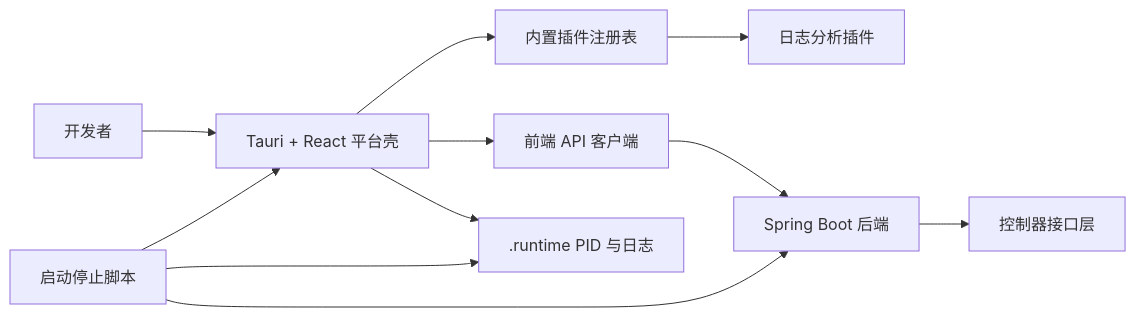
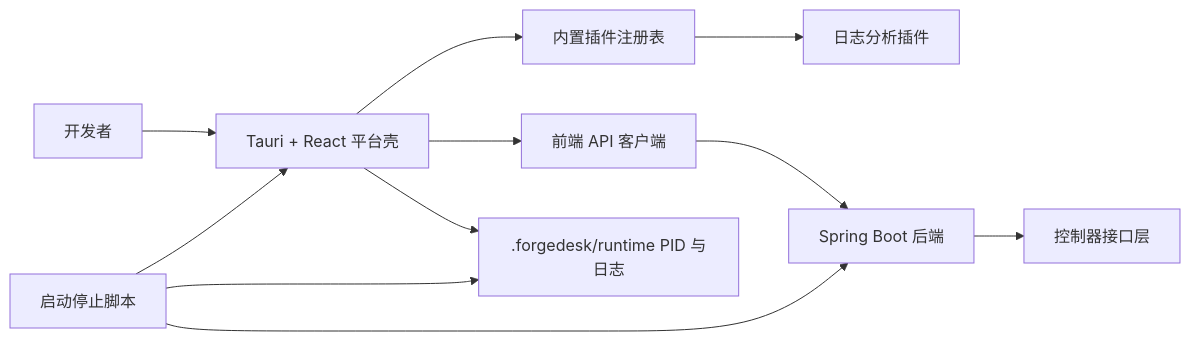
The diagram in docs/architecture.md (candysevenZzz/forgedesk), drawn with Mermaid before and after one commit. The commit also changed other lines of this file and 138 other files, not shown here.

````diff
--- a/docs/architecture.md
+++ b/docs/architecture.md
@@ -56,13 +54,13 @@
 ```mermaid
 flowchart LR
     User[开发者] --> DesktopShell[Tauri + React 平台壳]
     DesktopShell --> PluginRegistry[内置插件注册表]
     PluginRegistry --> LogInspector[日志分析插件]
     DesktopShell --> ApiClient[前端 API 客户端]
     ApiClient --> Backend[Spring Boot 后端]
     Backend --> Controllers[控制器接口层]
-    DesktopShell --> RuntimeFiles[.runtime PID 与日志]
+    DesktopShell --> RuntimeFiles[.forgedesk/runtime PID 与日志]
     Scripts[启动停止脚本] --> RuntimeFiles
     Scripts --> DesktopShell
     Scripts --> Backend
 ```
````
